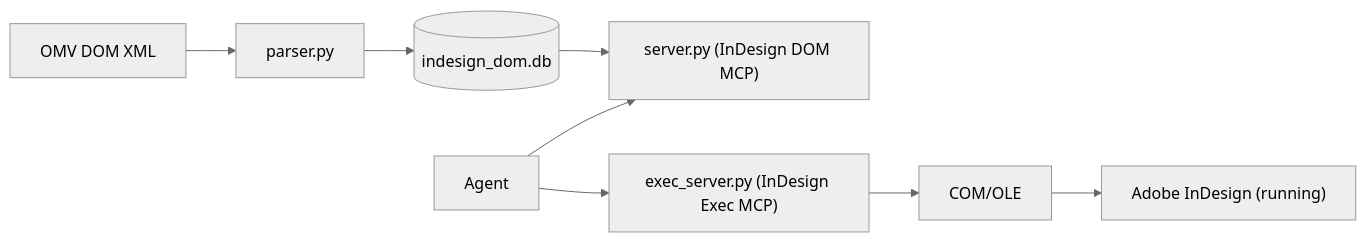
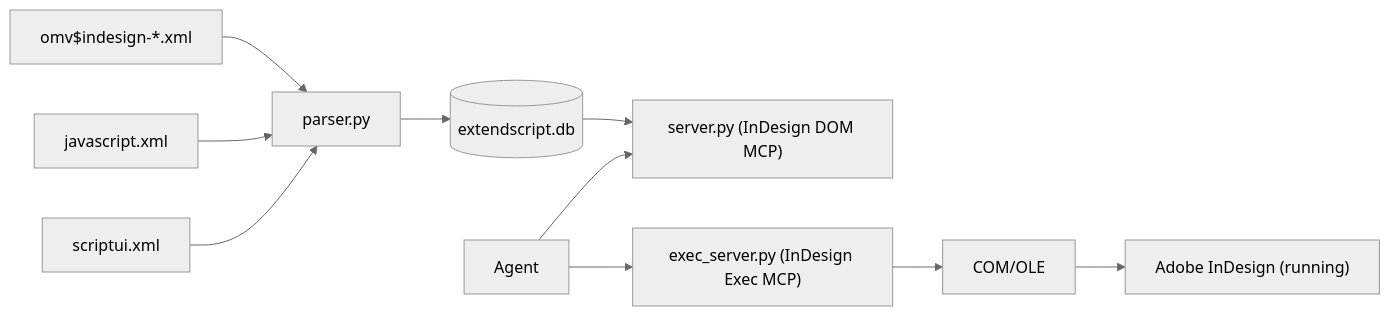
One commit to MoebiusSt/indesign-scripting-mcp changed the diagram in README.md. Above: the diagram before and after it, drawn with Mermaid (neutral theme). The commit also changed other lines of this file and 6 other files, not shown here.

````diff
--- a/README.md
+++ b/README.md
@@ -35,10 +35,12 @@
 ```mermaid
 flowchart LR
-  OMV_XML[OMV DOM XML] --> Parser[parser.py]
-  Parser --> SQLite[(indesign_dom.db)]
+  DOM_XML["omv$indesign-*.xml"] --> Parser[parser.py]
+  JS_XML[javascript.xml] --> Parser
+  SUI_XML[scriptui.xml] --> Parser
+  Parser --> SQLite[(extendscript.db)]
   SQLite --> DomServer["server.py (InDesign DOM MCP)"]
   Agent[Agent] --> DomServer
   Agent --> ExecServer["exec_server.py (InDesign Exec MCP)"]
   ExecServer --> COM[COM/OLE]
   COM --> InDesign["Adobe InDesign (running)"]
 ```
````
